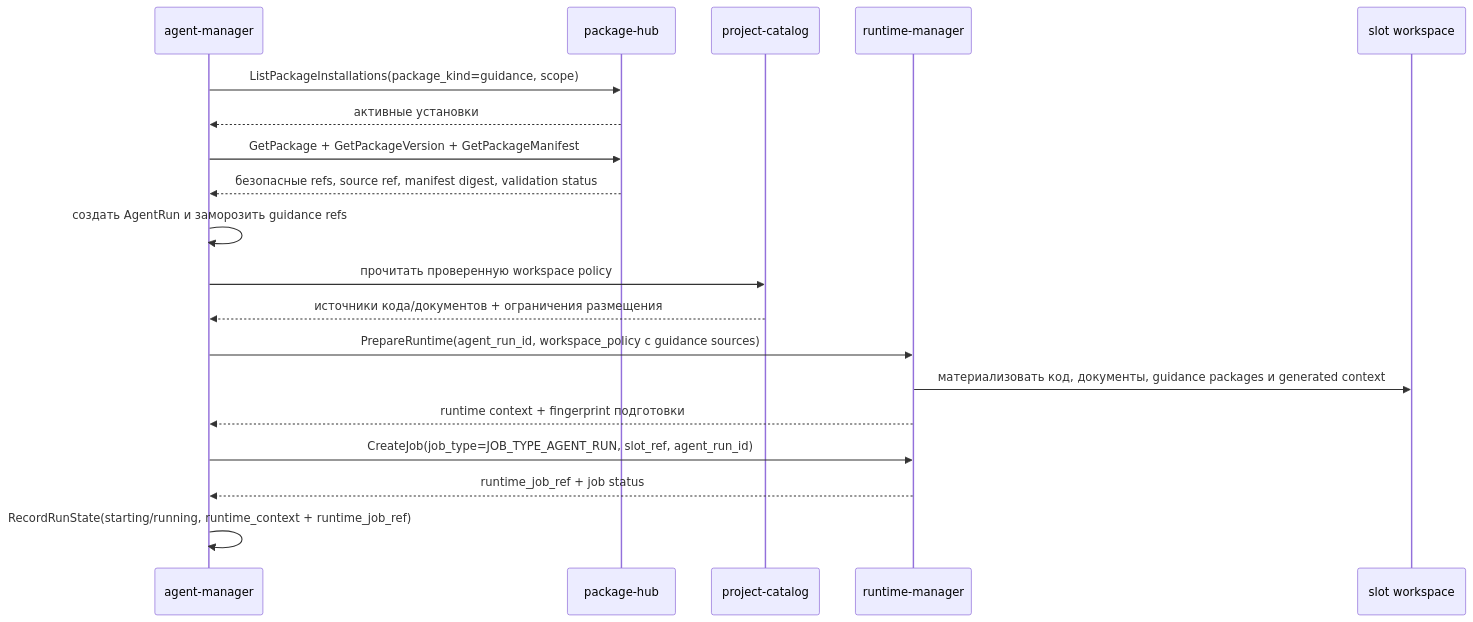
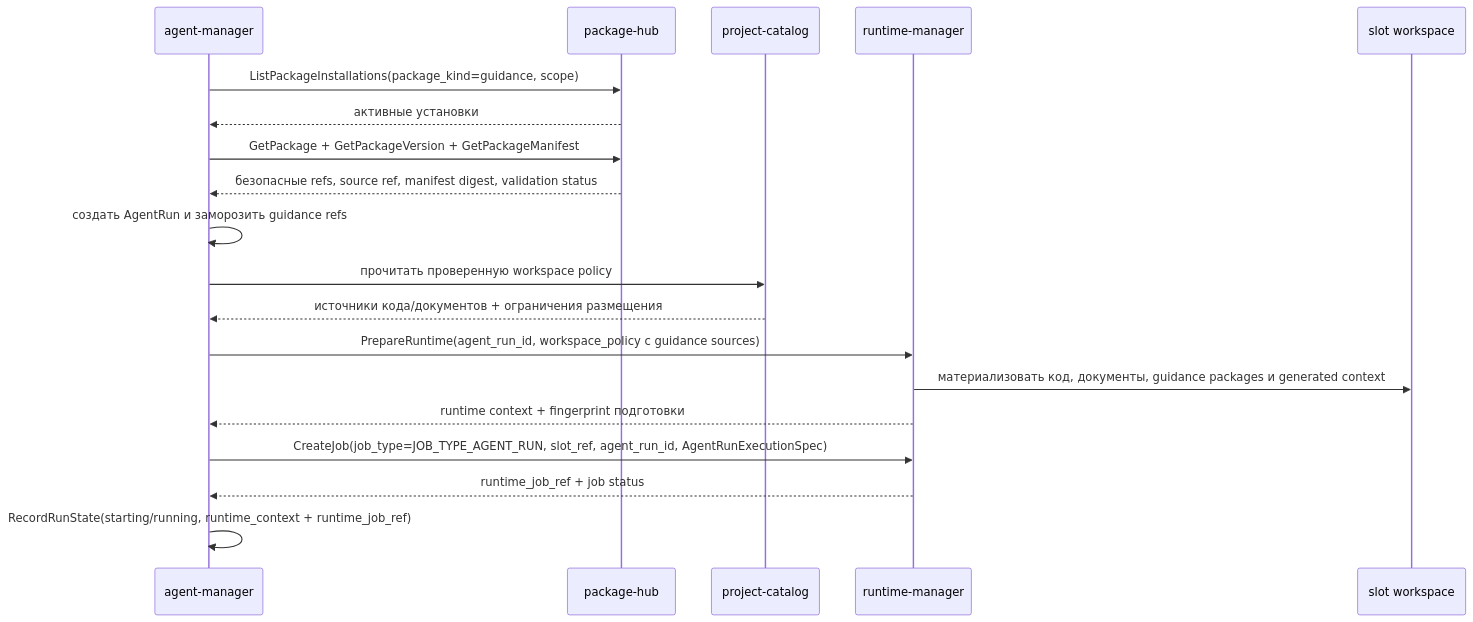
One commit to codex-k8s/kodex changed the diagram in docs/domains/agent-orchestration/architecture/guidance_workspace_context.md. Above: the diagram before and after it, drawn with Mermaid. The commit also changed other lines of this file and 20 other files, not shown here.

Commit message:
Add agent run execution contract

````diff
--- a/docs/domains/agent-orchestration/architecture/guidance_workspace_context.md
+++ b/docs/domains/agent-orchestration/architecture/guidance_workspace_context.md
@@ -46,22 +46,22 @@
 ```mermaid
 sequenceDiagram
   participant AM as agent-manager
   participant PKG as package-hub
   participant PC as project-catalog
   participant RT as runtime-manager
   participant SLOT as slot workspace
 
   AM->>PKG: ListPackageInstallations(package_kind=guidance, scope)
   PKG-->>AM: активные установки
   AM->>PKG: GetPackage + GetPackageVersion + GetPackageManifest
   PKG-->>AM: безопасные refs, source ref, manifest digest, validation status
   AM->>AM: создать AgentRun и заморозить guidance refs
   AM->>PC: прочитать проверенную workspace policy
   PC-->>AM: источники кода/документов + ограничения размещения
   AM->>RT: PrepareRuntime(agent_run_id, workspace_policy с guidance sources)
   RT->>SLOT: материализовать код, документы, guidance packages и generated context
   RT-->>AM: runtime context + fingerprint подготовки
-  AM->>RT: CreateJob(job_type=JOB_TYPE_AGENT_RUN, slot_ref, agent_run_id)
+  AM->>RT: CreateJob(job_type=JOB_TYPE_AGENT_RUN, slot_ref, agent_run_id, AgentRunExecutionSpec)
   RT-->>AM: runtime_job_ref + job status
   AM->>AM: RecordRunState(starting/running, runtime_context + runtime_job_ref)
 ```
````
